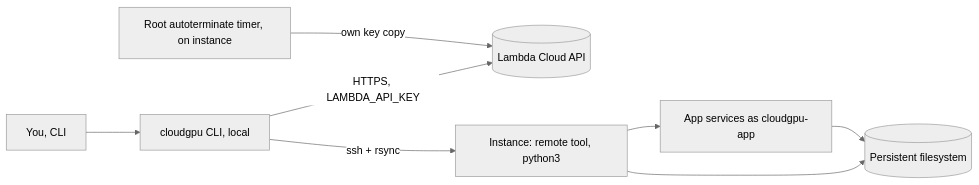
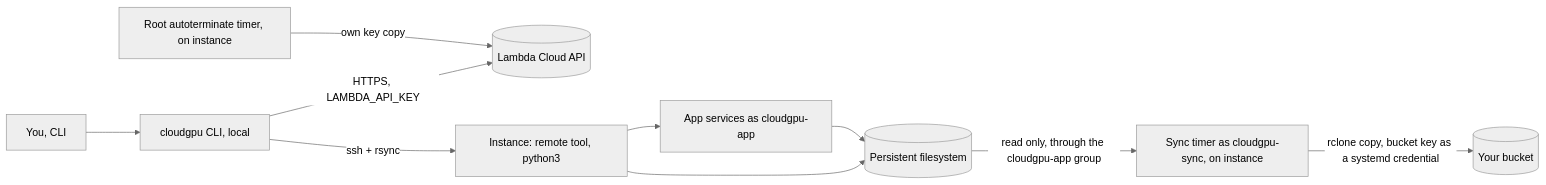
The diagram in ARCHITECTURE.md (thejosh00/cloudgpu), drawn with Mermaid (neutral theme) before and after one commit. The commit also changed other lines of this file and 3 other files, not shown here.

First line of the commit message:
Add the instance-side sync setup, start and removal (3.2 part 2)

````diff
--- a/ARCHITECTURE.md
+++ b/ARCHITECTURE.md
@@ -17,10 +17,12 @@
 ```mermaid
 flowchart LR
   you[You, CLI] --> cli[cloudgpu CLI, local]
   cli -->|HTTPS, LAMBDA_API_KEY| lambda[(Lambda Cloud API)]
   cli -->|ssh + rsync| inst[Instance: remote tool, python3]
   inst --> fs[(Persistent filesystem)]
   inst --> svc[App services as cloudgpu-app]
   svc --> fs
   timer[Root autoterminate timer, on instance] -->|own key copy| lambda
+  fs -->|read only, through the cloudgpu-app group| dsync[Sync timer as cloudgpu-sync, on instance]
+  dsync -->|rclone copy, bucket key as a systemd credential| bucket[(Your bucket)]
 ```
````
